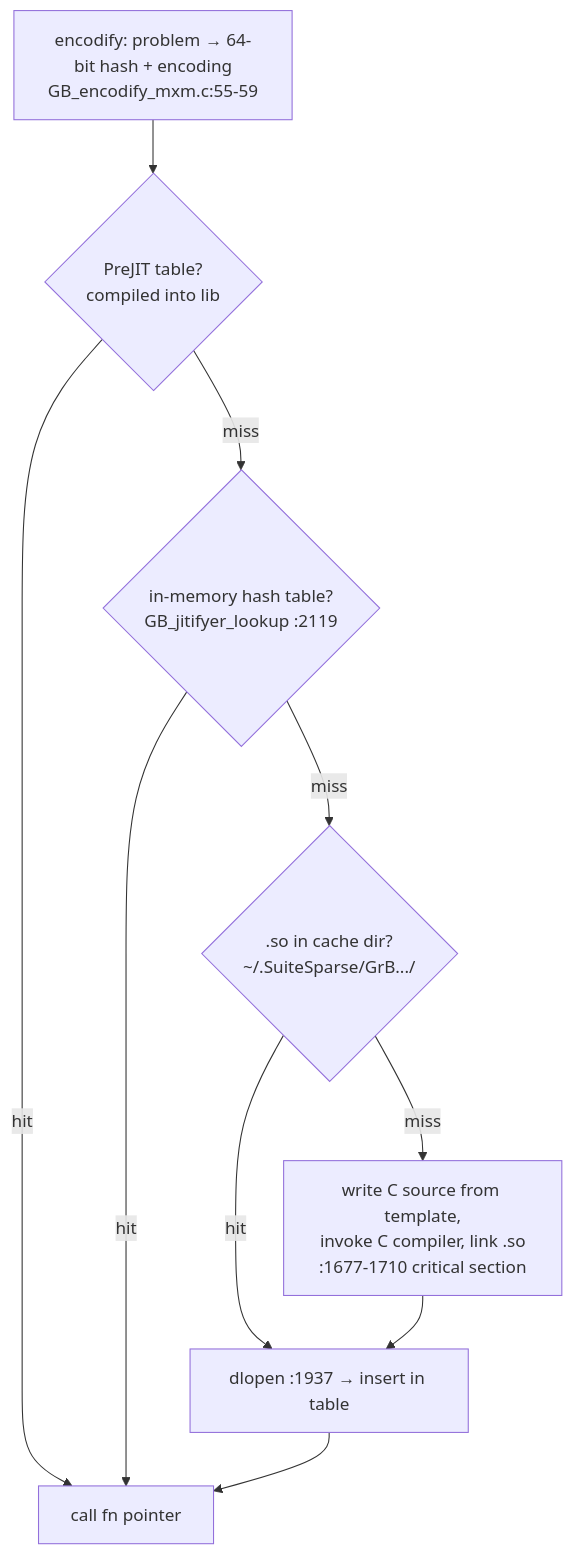
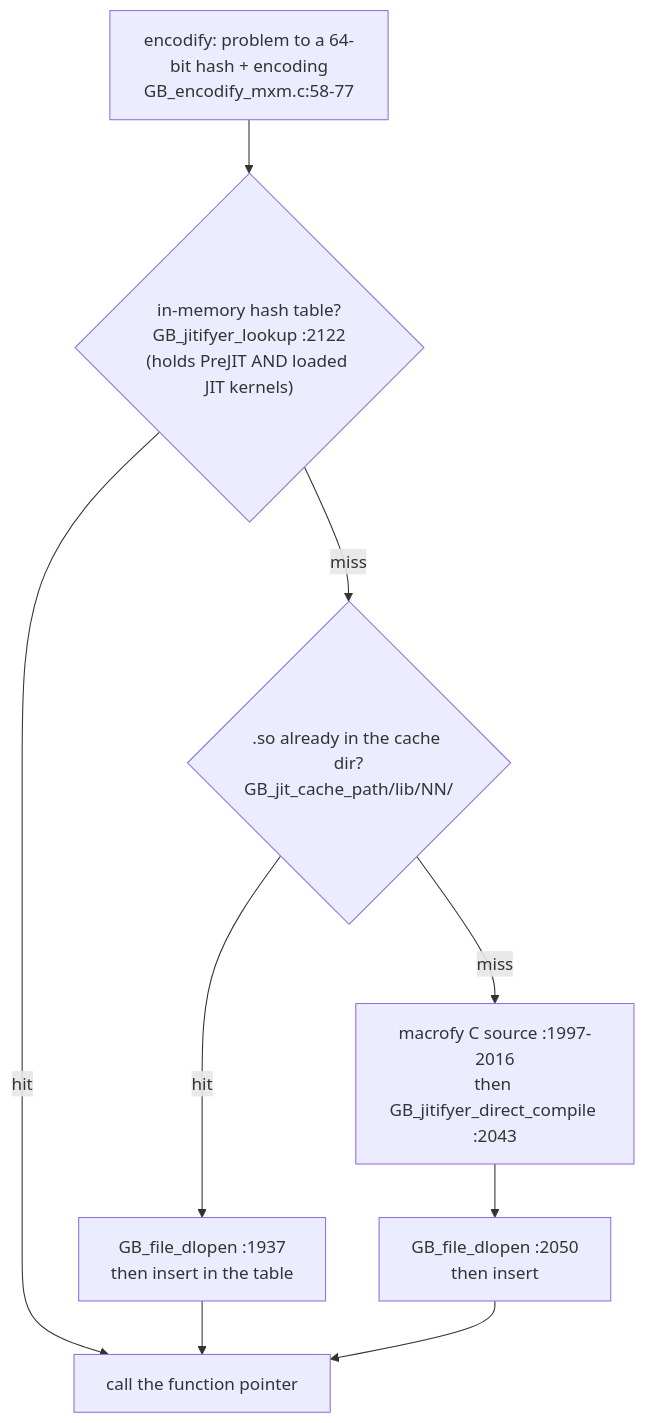
Before and after one commit to AviAvni/database-learning-path: the diagram in topics/19-jit/reading-graphblas-jit.md, drawn with Mermaid. The commit also changed other lines of this file and 6 other files, not shown here.

````diff
--- a/topics/19-jit/reading-graphblas-jit.md
+++ b/topics/19-jit/reading-graphblas-jit.md
@@ -75,10 +252,8 @@
 ```mermaid
 flowchart TD
-    E[encodify: problem → 64-bit hash + encoding\nGB_encodify_mxm.c:55-59] --> P{PreJIT table?\ncompiled into lib}
-    P -->|hit| RUN[call fn pointer]
-    P -->|miss| H{in-memory hash table?\nGB_jitifyer_lookup :2119}
-    H -->|hit| RUN
-    H -->|miss| D{.so in cache dir?\n~/.SuiteSparse/GrB.../}
-    D -->|hit| DL[dlopen :1937 → insert in table] --> RUN
-    D -->|miss| CC[write C source from template,\ninvoke C compiler, link .so\n:1677-1710 critical section] --> DL
+    E["encodify: problem to a 64-bit hash + encoding<br/>GB_encodify_mxm.c:58-77"] --> H{"in-memory hash table?<br/>GB_jitifyer_lookup :2122<br/>(holds PreJIT AND loaded JIT kernels)"}
+    H -->|hit| RUN[call the function pointer]
+    H -->|miss| D{".so already in the cache dir?<br/>GB_jit_cache_path/lib/NN/"}
+    D -->|hit| DL["GB_file_dlopen :1937<br/>then insert in the table"] --> RUN
+    D -->|miss| CC["macrofy C source :1997-2016<br/>then GB_jitifyer_direct_compile :2043"] --> DL2["GB_file_dlopen :2050<br/>then insert"] --> RUN
 ```
````
